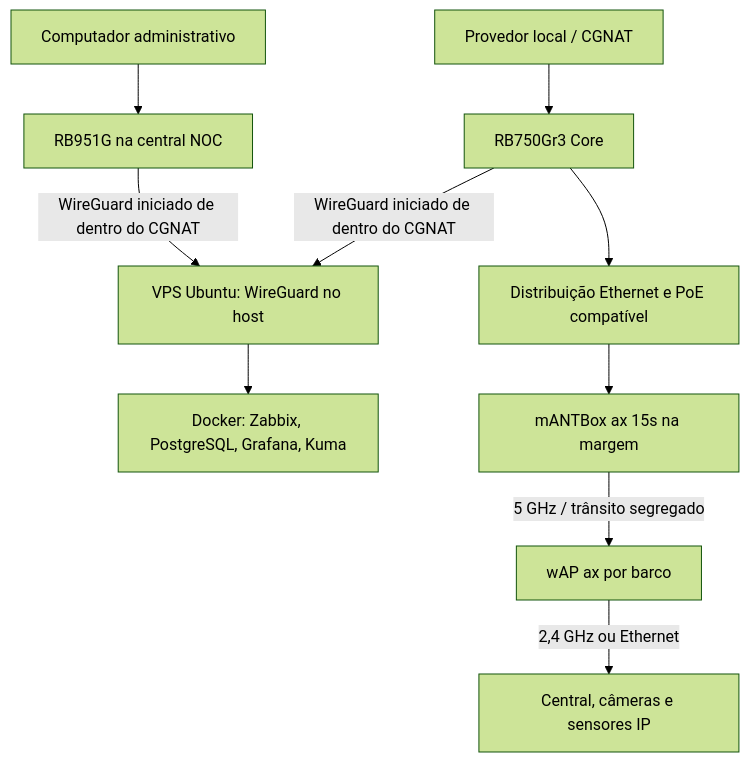
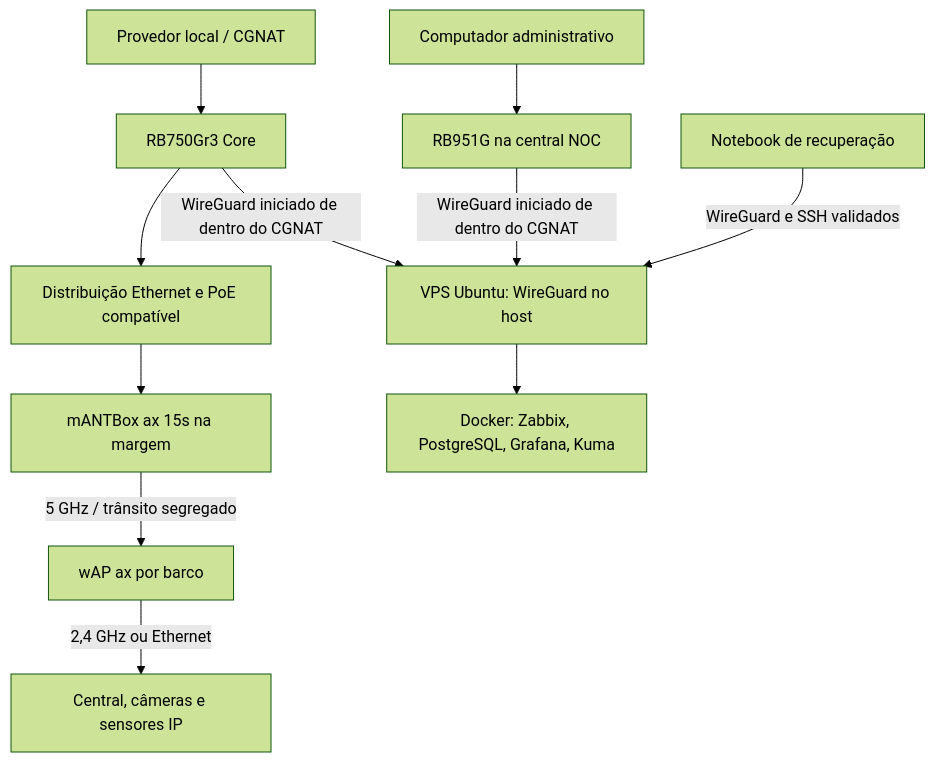
Before and after one commit to Wittemberg/wifi-Guarderia: the diagram in docs/01-architecture/ARCHITECTURE.md, drawn with Mermaid (forest theme). The commit also changed other lines of this file and 26 other files, not shown here.

````diff
--- a/docs/01-architecture/ARCHITECTURE.md
+++ b/docs/01-architecture/ARCHITECTURE.md
@@ -7,12 +7,13 @@
 ```mermaid
 flowchart TD
+  NOTEBOOK[Notebook de recuperação] -->|WireGuard e SSH validados| VPS
   PC[Computador administrativo] --> NOC[RB951G na central NOC]
   NOC -->|WireGuard iniciado de dentro do CGNAT| VPS[VPS Ubuntu: WireGuard no host]
   ISP[Provedor local / CGNAT] --> CORE[RB750Gr3 Core]
   CORE -->|WireGuard iniciado de dentro do CGNAT| VPS
   CORE --> POE[Distribuição Ethernet e PoE compatível]
   POE --> AP[mANTBox ax 15s na margem]
   AP -->|5 GHz / trânsito segregado| WAP[wAP ax por barco]
   WAP -->|2,4 GHz ou Ethernet| KIT[Central, câmeras e sensores IP]
   VPS --> MONITORING[Docker: Zabbix, PostgreSQL, Grafana, Kuma]
 ```
````
